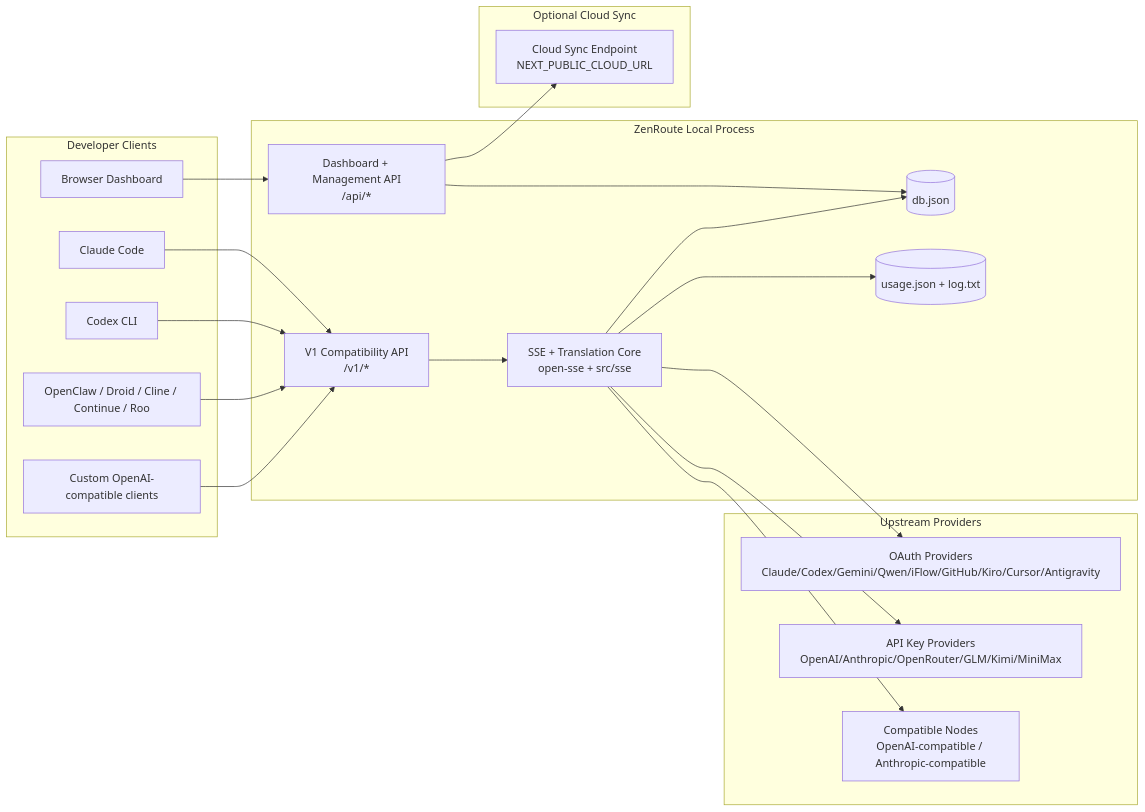
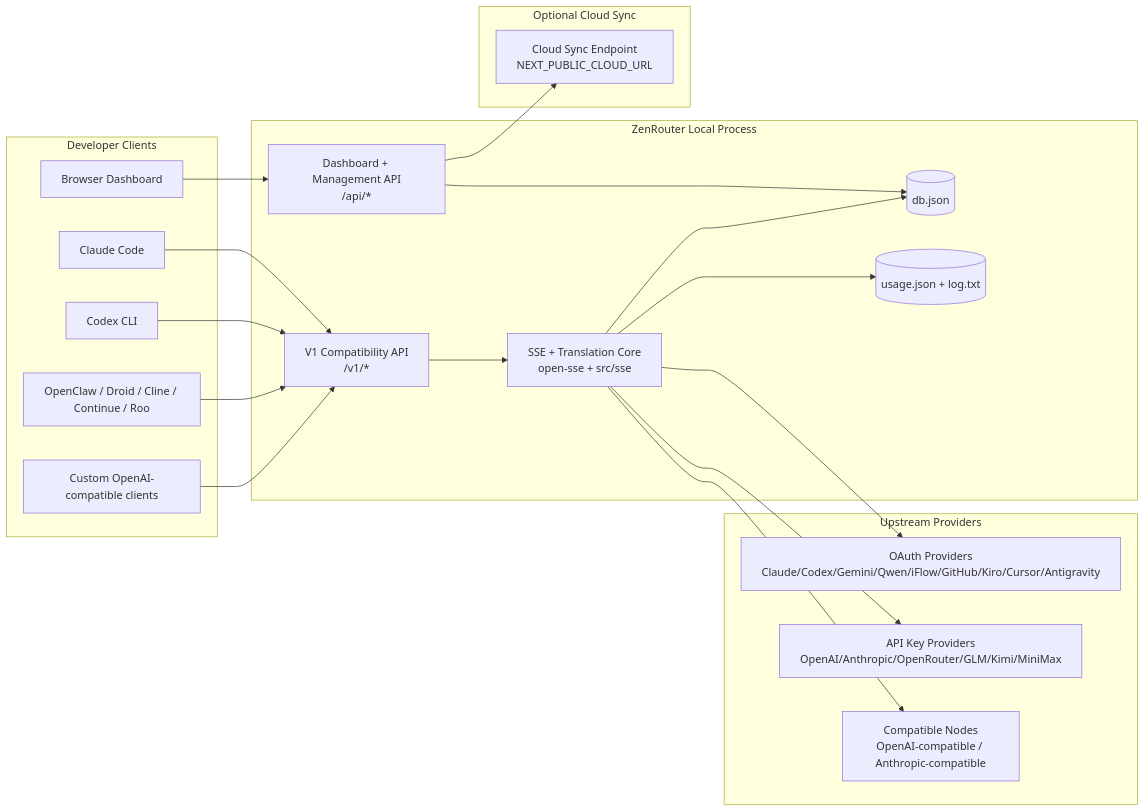
One commit to ZenRouter/ZenRouter changed the first of 7 diagrams in docs/ARCHITECTURE.md. Above: the diagram before and after it, drawn with Mermaid. The commit also changed other lines of this file and 364 other files, not shown here.

First line of the commit message:
🔄 rebrand: ZenRoute → ZenRouter (full project rename)

````diff
--- a/docs/ARCHITECTURE.md
+++ b/docs/ARCHITECTURE.md
@@ -45,45 +45,45 @@
 ```mermaid
 flowchart LR
     subgraph Clients[Developer Clients]
         C1[Claude Code]
         C2[Codex CLI]
         C3[OpenClaw / Droid / Cline / Continue / Roo]
         C4[Custom OpenAI-compatible clients]
         BROWSER[Browser Dashboard]
     end
 
-    subgraph Router[ZenRoute Local Process]
+    subgraph Router[ZenRouter Local Process]
         API[V1 Compatibility API\n/v1/*]
         DASH[Dashboard + Management API\n/api/*]
         CORE[SSE + Translation Core\nopen-sse + src/sse]
         DB[(db.json)]
         UDB[(usage.json + log.txt)]
     end
 
     subgraph Upstreams[Upstream Providers]
         P1[OAuth Providers\nClaude/Codex/Gemini/Qwen/iFlow/GitHub/Kiro/Cursor/Antigravity]
         P2[API Key Providers\nOpenAI/Anthropic/OpenRouter/GLM/Kimi/MiniMax]
         P3[Compatible Nodes\nOpenAI-compatible / Anthropic-compatible]
     end
 
     subgraph Cloud[Optional Cloud Sync]
         CLOUD[Cloud Sync Endpoint\nNEXT_PUBLIC_CLOUD_URL]
     end
 
     C1 --> API
     C2 --> API
     C3 --> API
     C4 --> API
     BROWSER --> DASH
 
     API --> CORE
     DASH --> DB
     CORE --> DB
     CORE --> UDB
 
     CORE --> P1
     CORE --> P2
     CORE --> P3
 
     DASH --> CLOUD
 ```
````
